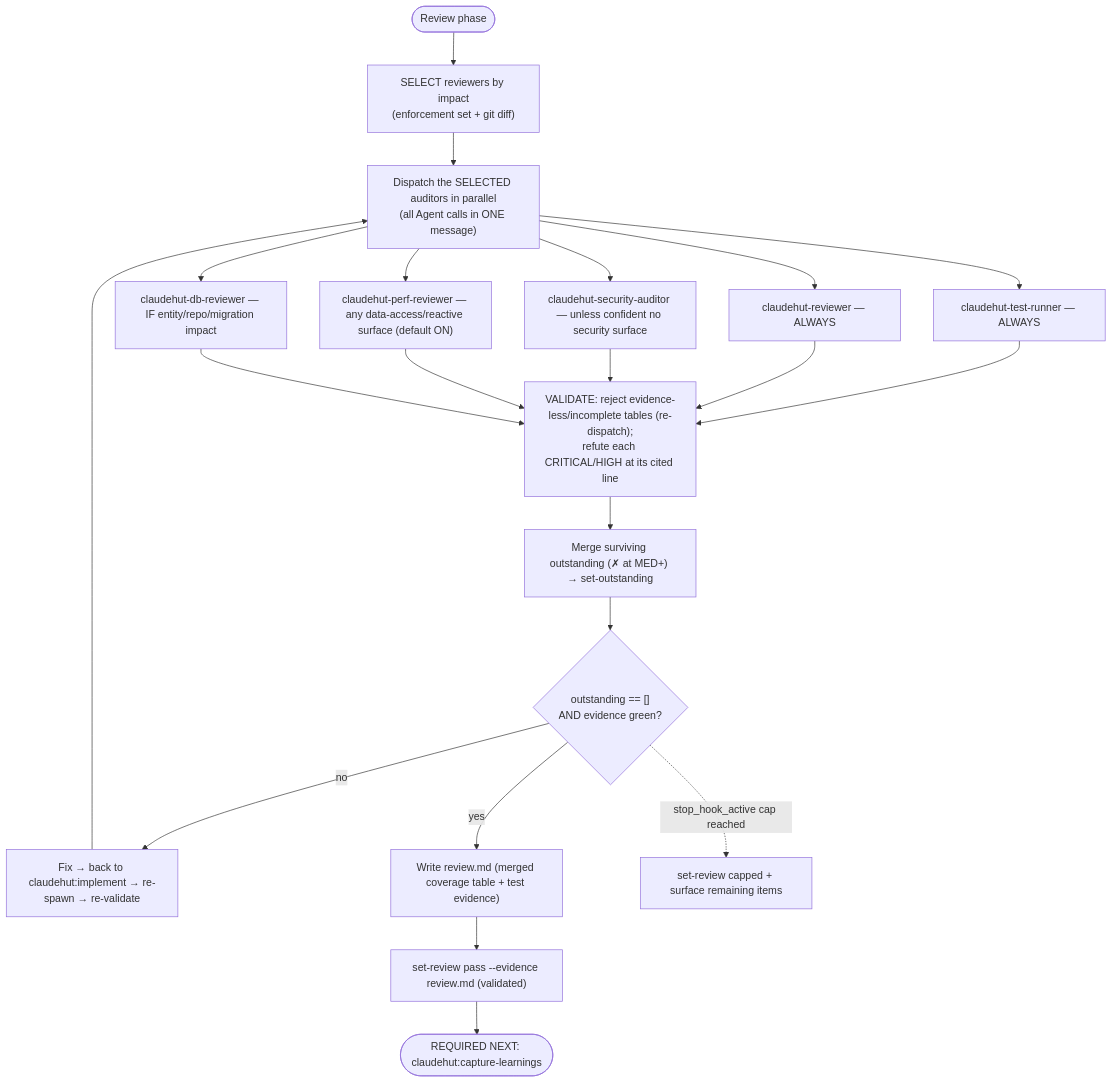
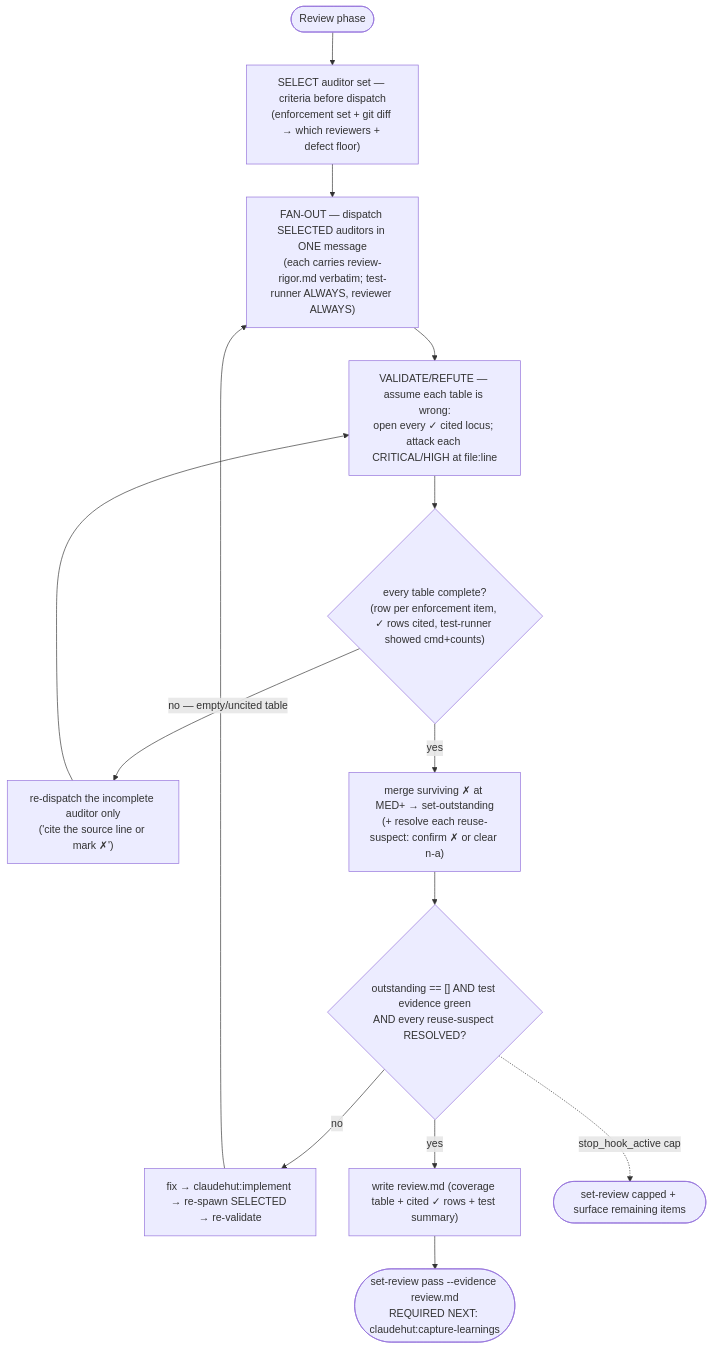
Before and after one commit to taipt1504/claudehut: the diagram in skills/review/SKILL.md, drawn with Mermaid. The commit also changed other lines of this file and 22 other files, not shown here.

First line of the commit message:
feat(v0.8): skill+agent prompts — gates wired, ultra-flow diagrams, concision

````diff
--- a/skills/review/SKILL.md
+++ b/skills/review/SKILL.md
@@ -68,19 +33,16 @@
 ```mermaid
 flowchart TB
-    start([Review phase]) --> sel["SELECT reviewers by impact<br/>(enforcement set + git diff)"]
-    sel --> spawn["Dispatch the SELECTED auditors in parallel<br/>(all Agent calls in ONE message)"]
-    spawn --> tr["claudehut-test-runner — ALWAYS"]
-    spawn --> rv["claudehut-reviewer — ALWAYS"]
-    spawn --> sa["claudehut-security-auditor — unless confident no security surface"]
-    spawn --> pr["claudehut-perf-reviewer — any data-access/reactive surface (default ON)"]
-    spawn --> db["claudehut-db-reviewer — IF entity/repo/migration impact"]
-    tr & rv & sa & pr & db --> val["VALIDATE: reject evidence-less/incomplete tables (re-dispatch);<br/>refute each CRITICAL/HIGH at its cited line"]
-    val --> merge["Merge surviving outstanding (✗ at MED+) → set-outstanding"]
-    merge --> cond{"outstanding == []<br/>AND evidence green?"}
-    cond -- no --> fix["Fix → back to claudehut:implement → re-spawn → re-validate"]
-    fix --> spawn
-    cond -- yes --> rec["Write review.md (merged coverage table + test evidence)"]
-    rec --> pass["set-review pass --evidence review.md (validated)"]
-    pass --> done([REQUIRED NEXT: claudehut:capture-learnings])
-    cond -. stop_hook_active cap reached .-> capped["set-review capped + surface remaining items"]
+    start([Review phase]) --> lock["SELECT auditor set — criteria before dispatch<br/>(enforcement set + git diff → which reviewers + defect floor)"]
+    lock --> fan["FAN-OUT — dispatch SELECTED auditors in ONE message<br/>(each carries review-rigor.md verbatim; test-runner ALWAYS, reviewer ALWAYS)"]
+    fan --> crit["VALIDATE/REFUTE — assume each table is wrong:<br/>open every ✓ cited locus; attack each CRITICAL/HIGH at file:line"]
+    crit --> complete{"every table complete?<br/>(row per enforcement item, ✓ rows cited, test-runner showed cmd+counts)"}
+    complete -- "no — empty/uncited table" --> redis["re-dispatch the incomplete auditor only<br/>('cite the source line or mark ✗')"]
+    redis --> crit
+    complete -- "yes" --> merge["merge surviving ✗ at MED+ → set-outstanding<br/>(+ resolve each reuse-suspect: confirm ✗ or clear n-a)"]
+    merge --> conv{"outstanding == [] AND test evidence green<br/>AND every reuse-suspect RESOLVED?"}
+    conv -- "no" --> fix["fix → claudehut:implement → re-spawn SELECTED → re-validate"]
+    fix --> fan
+    conv -- "yes" --> rec["write review.md (coverage table + cited ✓ rows + test summary)"]
+    rec --> pass(["set-review pass --evidence review.md<br/>REQUIRED NEXT: claudehut:capture-learnings"])
+    conv -. "stop_hook_active cap" .-> capped(["set-review capped + surface remaining items"])
 ```
````
